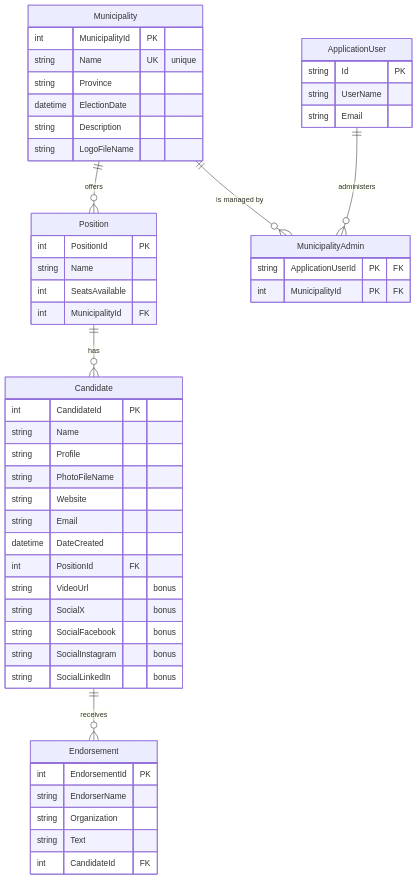
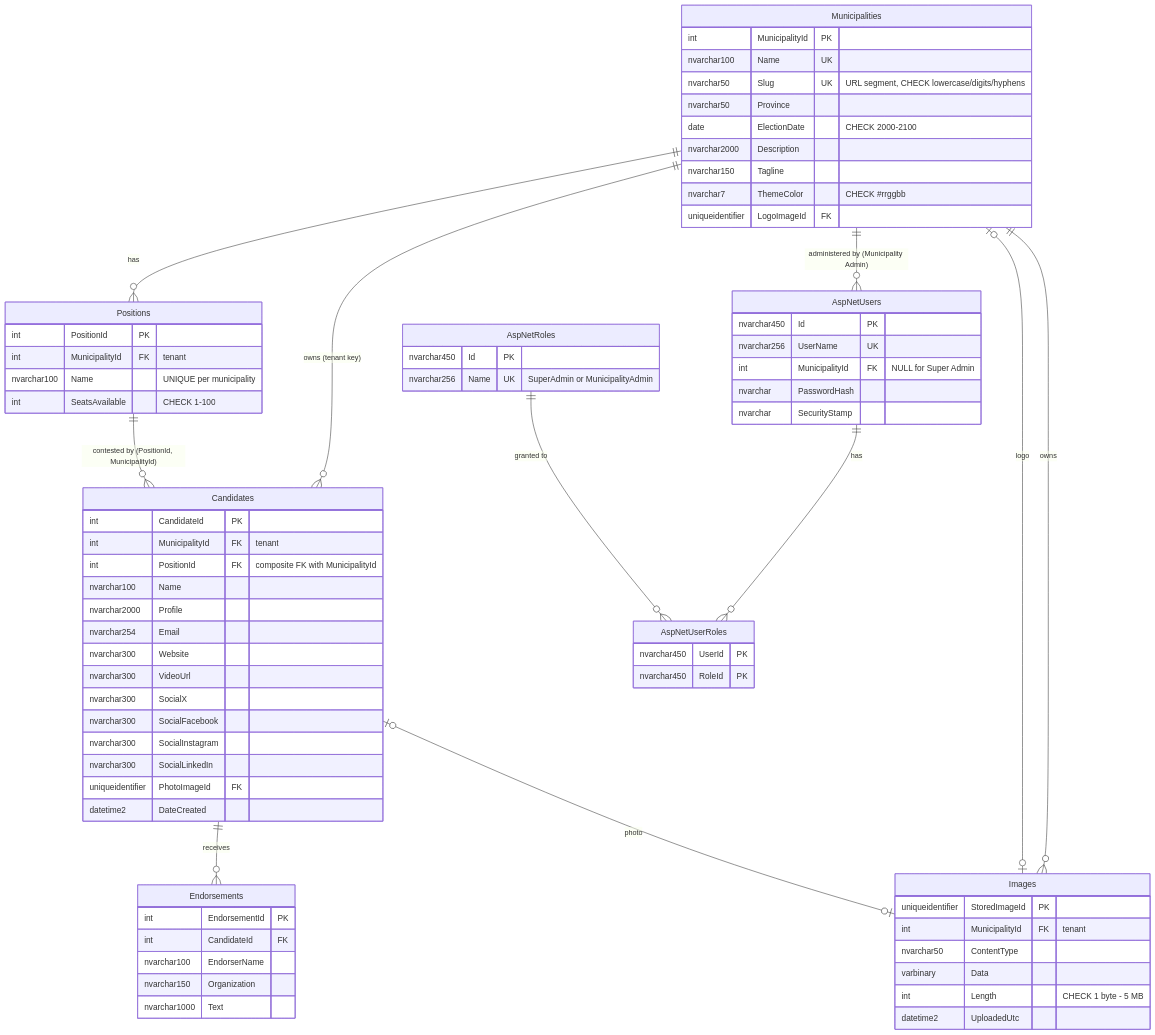
One commit to hytyz/mems-4976 changed the diagram in docs/erd.md. Above: the diagram before and after it, drawn with Mermaid. The commit also changed other lines of this file and 7 other files, not shown here.

````diff
--- a/docs/erd.md
+++ b/docs/erd.md
@@ -5,59 +6,84 @@
 ```mermaid
 erDiagram
-    Municipality ||--o{ Position : "offers"
-    Municipality ||--o{ MunicipalityAdmin : "is managed by"
-    Position ||--o{ Candidate : "has"
-    Candidate ||--o{ Endorsement : "receives"
-    ApplicationUser ||--o{ MunicipalityAdmin : "administers"
+    Municipalities ||--o{ Positions : "has"
+    Municipalities ||--o{ Candidates : "owns (tenant key)"
+    Municipalities ||--o{ Images : "owns"
+    Municipalities ||--o{ AspNetUsers : "administered by (Municipality Admin)"
+    Municipalities |o--o| Images : "logo"
+    Positions ||--o{ Candidates : "contested by (PositionId, MunicipalityId)"
+    Candidates ||--o{ Endorsements : "receives"
+    Candidates |o--o| Images : "photo"
+    AspNetUsers ||--o{ AspNetUserRoles : "has"
+    AspNetRoles ||--o{ AspNetUserRoles : "granted to"
 
-    Municipality {
+    Municipalities {
         int MunicipalityId PK
-        string Name UK "unique"
-        string Province
-        datetime ElectionDate
-        string Description
-        string LogoFileName
+        nvarchar100 Name UK
+        nvarchar50 Slug UK "URL segment, CHECK lowercase/digits/hyphens"
+        nvarchar50 Province
+        date ElectionDate "CHECK 2000-2100"
+        nvarchar2000 Description
+        nvarchar150 Tagline
+        nvarchar7 ThemeColor "CHECK #rrggbb"
+        uniqueidentifier LogoImageId FK
     }
 
-    Position {
+    Positions {
         int PositionId PK
-        string Name
-        int SeatsAvailable
-        int MunicipalityId FK
+        int MunicipalityId FK "tenant"
+        nvarchar100 Name "UNIQUE per municipality"
+        int SeatsAvailable "CHECK 1-100"
     }
 
-    Candidate {
+    Candidates {
         int CandidateId PK
-        string Name
-        string Profile
-        string PhotoFileName
-        string Website
-        string Email
-        datetime DateCreated
-        int PositionId FK
-        string VideoUrl "bonus"
-        string SocialX "bonus"
-        string SocialFacebook "bonus"
-        string SocialInstagram "bonus"
-        string SocialLinkedIn "bonus"
+        int MunicipalityId FK "tenant"
+        int PositionId FK "composite FK with MunicipalityId"
+        nvarchar100 Name
+        nvarchar2000 Profile
+        nvarchar254 Email
+        nvarchar300 Website
+        nvarchar300 VideoUrl
+        nvarchar300 SocialX
+        nvarchar300 SocialFacebook
+        nvarchar300 SocialInstagram
+        nvarchar300 SocialLinkedIn
+        uniqueidentifier PhotoImageId FK
+        datetime2 DateCreated
     }
 
-    Endorsement {
+    Endorsements {
         int EndorsementId PK
-        string EndorserName
-        string Organization
-        string Text
         int CandidateId FK
+        nvarchar100 EndorserName
+        nvarchar150 Organization
+        nvarchar1000 Text
     }
 
-    MunicipalityAdmin {
-        string ApplicationUserId PK "FK"
-        int MunicipalityId PK "FK"
+    Images {
+        uniqueidentifier StoredImageId PK
+        int MunicipalityId FK "tenant"
+        nvarchar50 ContentType
+        varbinary Data
+        int Length "CHECK 1 byte - 5 MB"
+        datetime2 UploadedUtc
     }
 
-    ApplicationUser {
-        string Id PK
-        string UserName
-        string Email
+    AspNetUsers {
+        nvarchar450 Id PK
+        nvarchar256 UserName UK
+        int MunicipalityId FK "NULL for Super Admin"
+        nvarchar PasswordHash
+        nvarchar SecurityStamp
+    }
+
+    AspNetRoles {
+        nvarchar450 Id PK
+        nvarchar256 Name UK "SuperAdmin or MunicipalityAdmin"
+    }
+
+    AspNetUserRoles {
+        nvarchar450 UserId PK
+        nvarchar450 RoleId PK
     }
 ```
````
